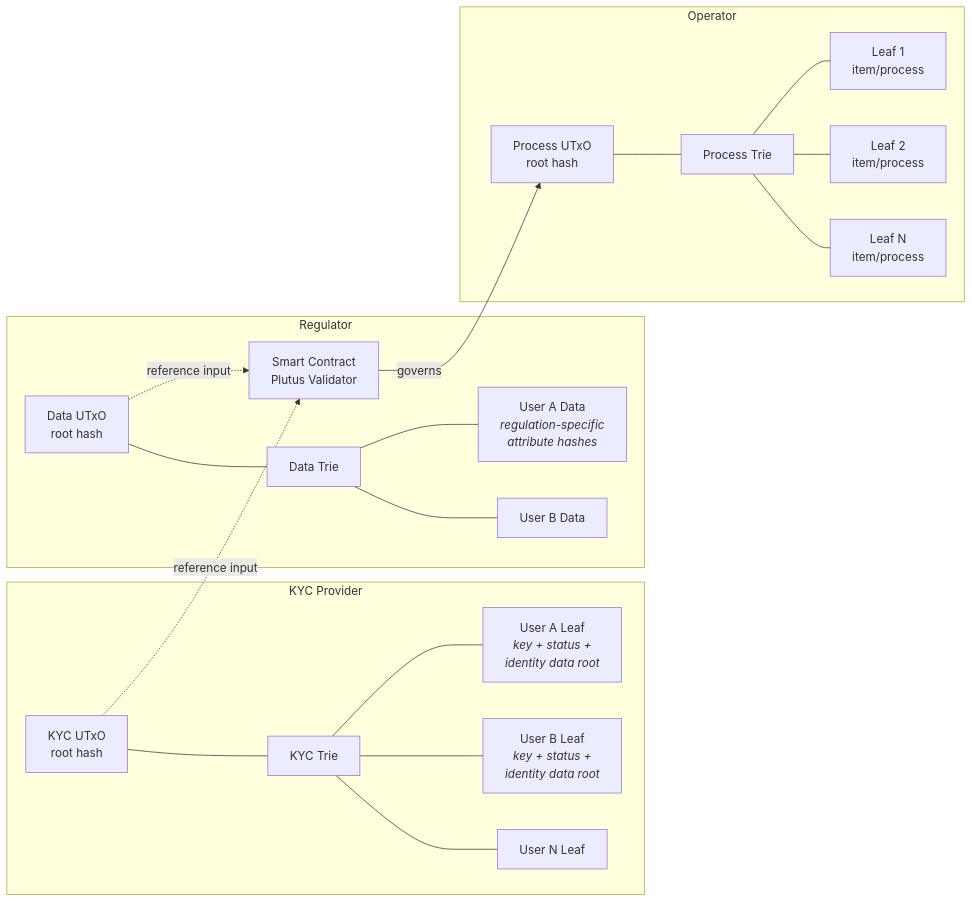
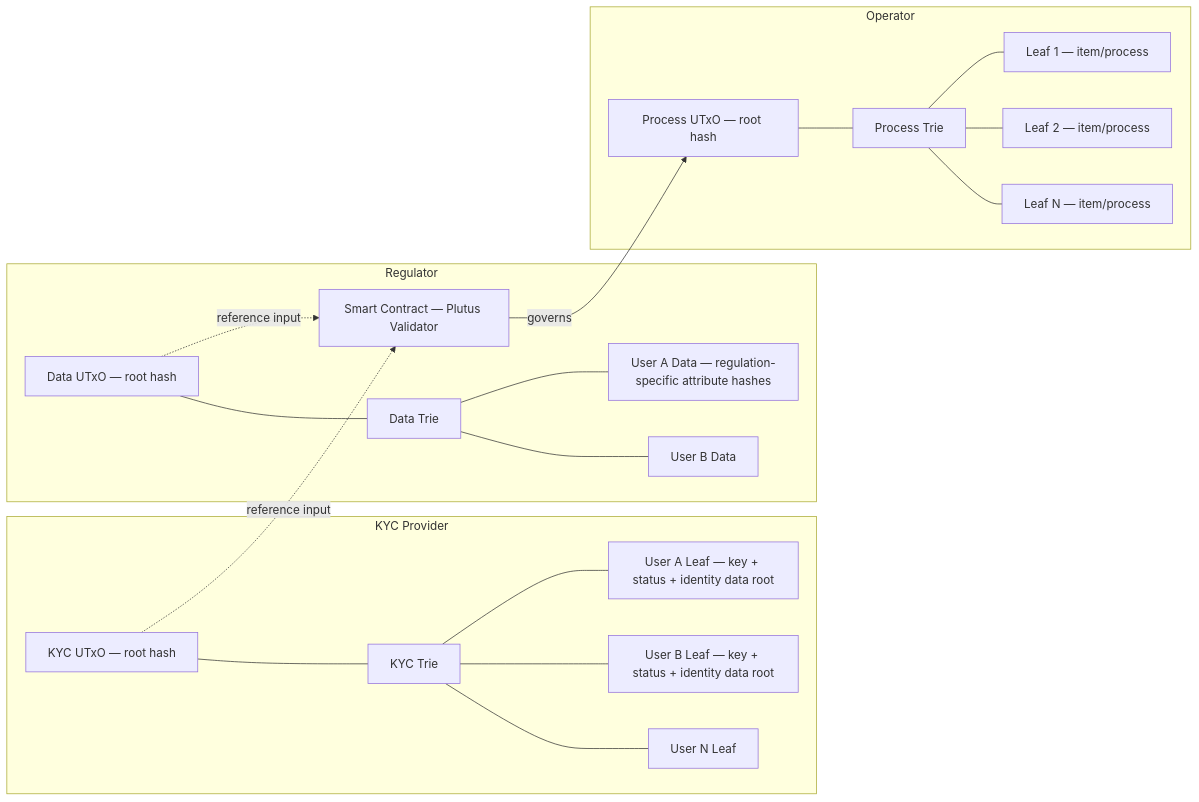
Before and after one commit to lambdasistemi/cardano-for-regulators: the second of 19 diagrams in docs/framework/schema.md, drawn with Mermaid. The commit also changed other lines of this file and 1 other file, not shown here.

First line of the commit message:
fix: replace HTML tags in mermaid node labels with plain text

````diff
--- a/docs/framework/schema.md
+++ b/docs/framework/schema.md
@@ -44,33 +44,33 @@
 ```mermaid
 graph LR
     subgraph KYC Provider
-        KYC_UTxO[KYC UTxO<br/>root hash]
+        KYC_UTxO["KYC UTxO — root hash"]
         KYC_T[KYC Trie]
         KYC_UTxO --- KYC_T
-        KYC_T --- K1[User A Leaf<br/><i>key + status +<br/>identity data root</i>]
-        KYC_T --- K2[User B Leaf<br/><i>key + status +<br/>identity data root</i>]
+        KYC_T --- K1["User A Leaf — key + status + identity data root"]
+        KYC_T --- K2["User B Leaf — key + status + identity data root"]
         KYC_T --- K3[User N Leaf]
     end
 
     subgraph Regulator
-        REG_UTxO[Data UTxO<br/>root hash]
+        REG_UTxO["Data UTxO — root hash"]
         REG_T[Data Trie]
         REG_UTxO --- REG_T
-        REG_T --- D1[User A Data<br/><i>regulation-specific<br/>attribute hashes</i>]
+        REG_T --- D1["User A Data — regulation-specific attribute hashes"]
         REG_T --- D2[User B Data]
-        SC[Smart Contract<br/>Plutus Validator]
+        SC["Smart Contract — Plutus Validator"]
     end
 
     subgraph Operator
-        OP_UTxO[Process UTxO<br/>root hash]
+        OP_UTxO["Process UTxO — root hash"]
         OP_T[Process Trie]
         OP_UTxO --- OP_T
-        OP_T --- L1[Leaf 1<br/>item/process]
-        OP_T --- L2[Leaf 2<br/>item/process]
-        OP_T --- L3[Leaf N<br/>item/process]
+        OP_T --- L1["Leaf 1 — item/process"]
+        OP_T --- L2["Leaf 2 — item/process"]
+        OP_T --- L3["Leaf N — item/process"]
     end
 
     SC -->|governs| OP_UTxO
     KYC_UTxO -.->|reference input| SC
     REG_UTxO -.->|reference input| SC
 ```
````
